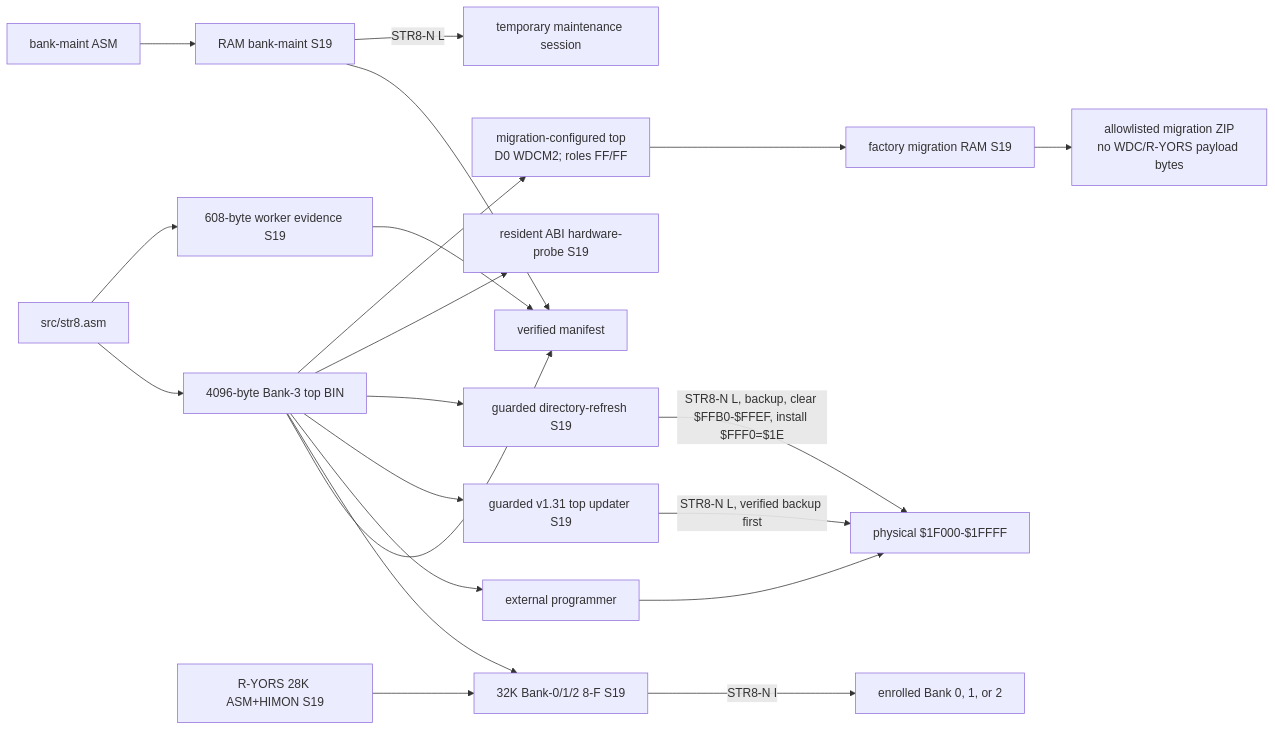
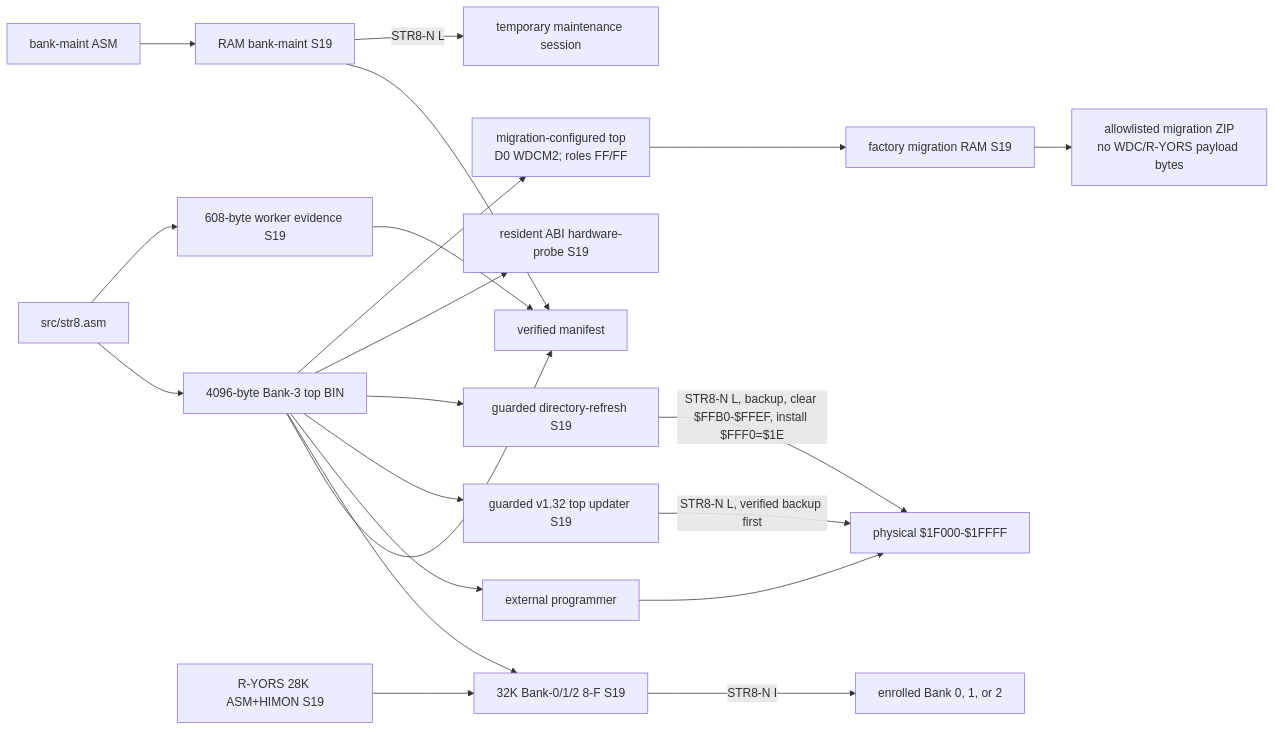
The second of 14 diagrams in docs/MAPS.md (95westus/STR8-N), drawn with Mermaid before and after one commit. The commit also changed other lines of this file and 46 other files, not shown here.

````diff
--- a/docs/MAPS.md
+++ b/docs/MAPS.md
@@ -38,23 +38,23 @@
 ```mermaid
 flowchart LR
     SRC[src/str8.asm] --> TOP[4096-byte Bank-3 top BIN]
     SRC --> WORKER[608-byte worker evidence S19]
     BM_SRC[bank-maint ASM] --> BM[RAM bank-maint S19]
     TOP --> MANIFEST[verified manifest]
     WORKER --> MANIFEST
     BM --> MANIFEST
     RY[R-YORS 28K ASM+HIMON S19] --> FULL[32K Bank-0/1/2 8-F S19]
     TOP --> FULL
     TOP --> PROGRAMMER[external programmer]
     PROGRAMMER --> B3F[physical $1F000-$1FFFF]
-    TOP --> UPDATE[guarded v1.31 top updater S19]
+    TOP --> UPDATE[guarded v1.32 top updater S19]
     UPDATE -->|STR8-N L, verified backup first| B3F
     TOP --> REFRESH[guarded directory-refresh S19]
     REFRESH -->|STR8-N L, backup, clear $FFB0-$FFEF, install $FFF0=$1E| B3F
     TOP --> ABI_TEST[resident ABI hardware-probe S19]
     BM -->|STR8-N L| RAM_TOOL[temporary maintenance session]
     FULL -->|STR8-N I| GUEST[enrolled Bank 0, 1, or 2]
     TOP --> WDC_TOP[migration-configured top<br/>D0 WDCM2; roles FF/FF]
     WDC_TOP --> WDC_INSTALL[factory migration RAM S19]
     WDC_INSTALL --> KIT[allowlisted migration ZIP<br/>no WDC/R-YORS payload bytes]
 ```
````
